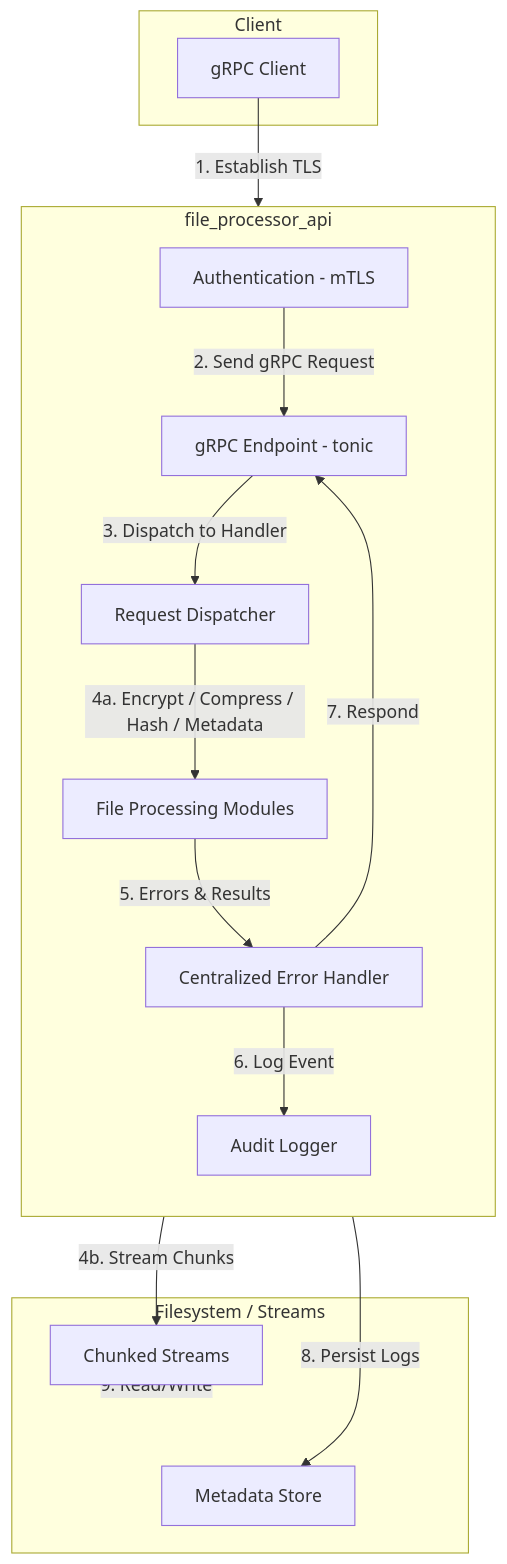
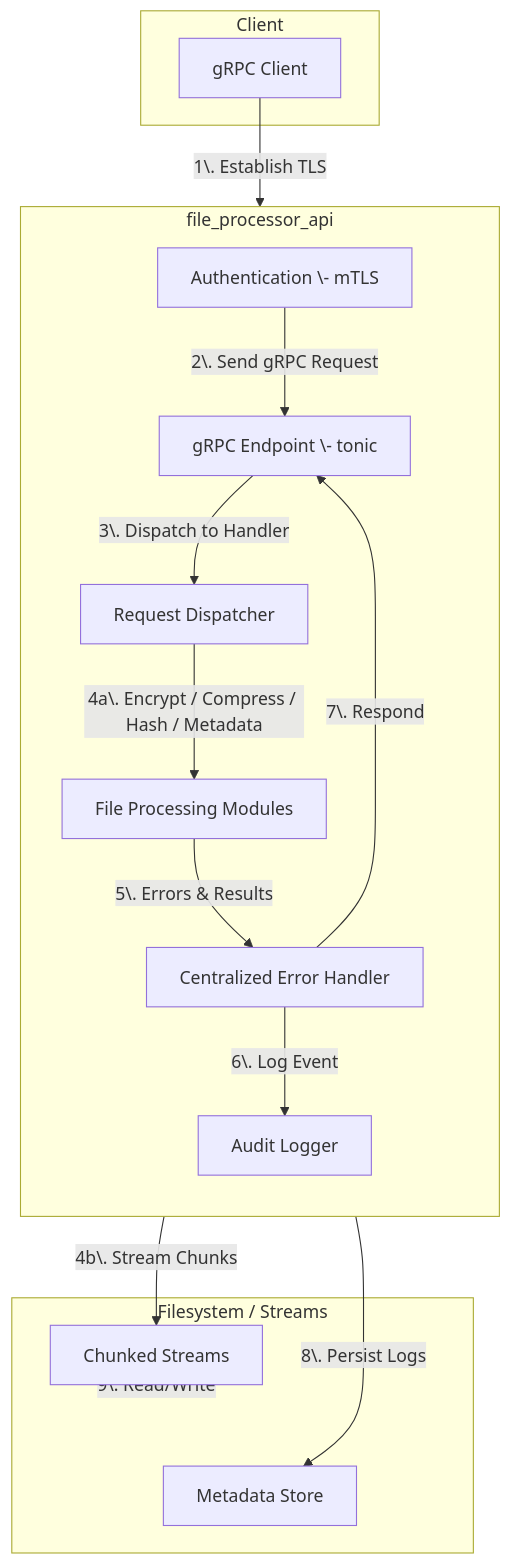
Before and after one commit to datamann1013/file_processor-api: the diagram in README.md, drawn with Mermaid. The commit also changed other lines of this file, not shown here.

````diff
--- a/README.md
+++ b/README.md
@@ -10,32 +10,33 @@
 ```mermaid
 flowchart TD
     subgraph Client
         A["gRPC Client"]
     end
 
     subgraph Server["file_processor_api"]
         direction TB
-        B["Authentication - mTLS"]
-        C["gRPC Endpoint - tonic"]
+        B["Authentication \- mTLS"]
+        C["gRPC Endpoint \- tonic"]
         D["Request Dispatcher"]
         E["File Processing Modules"]
         F["Centralized Error Handler"]
         G["Audit Logger"]
     end
 
     subgraph Storage["Filesystem / Streams"]
         H["Chunked Streams"]
         I["Metadata Store"]
     end
 
-    A -->|1. Establish TLS| B
-    B -->|2. Send gRPC Request| C
-    C -->|3. Dispatch to Handler| D
-    D -->|4a. Encrypt / Compress / Hash / Metadata| E
-    D -->|4b. Stream Chunks| H
-    E -->|5. Errors & Results| F
-    F -->|6. Log Event| G
-    F -->|7. Respond| C
-    G -->|8. Persist Logs| I
-    H -->|9. Read/Write| Storage
+    A -->|"1\. Establish TLS"| B
+    B -->|"2\. Send gRPC Request"| C
+    C -->|"3\. Dispatch to Handler"| D
+    D -->|"4a\. Encrypt / Compress / Hash / Metadata"| E
+    D -->|"4b\. Stream Chunks"| H
+    E -->|"5\. Errors & Results"| F
+    F -->|"6\. Log Event"| G
+    F -->|"7\. Respond"| C
+    G -->|"8\. Persist Logs"| I
+    H -->|"9\. Read/Write"| Storage
+
 ```
````
